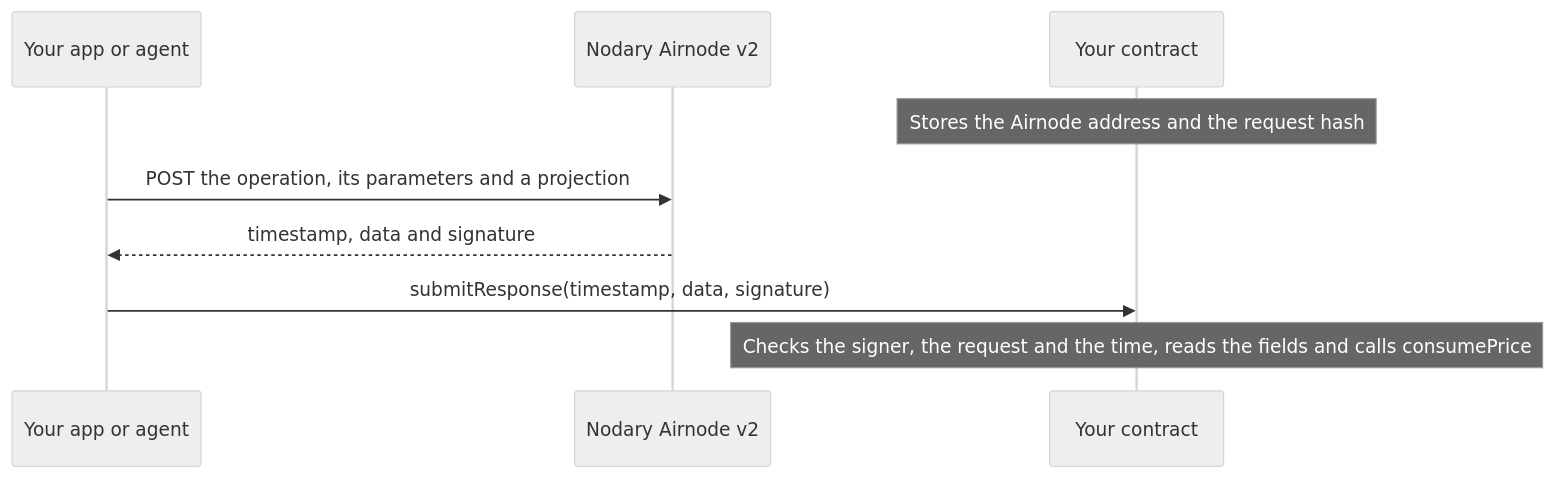
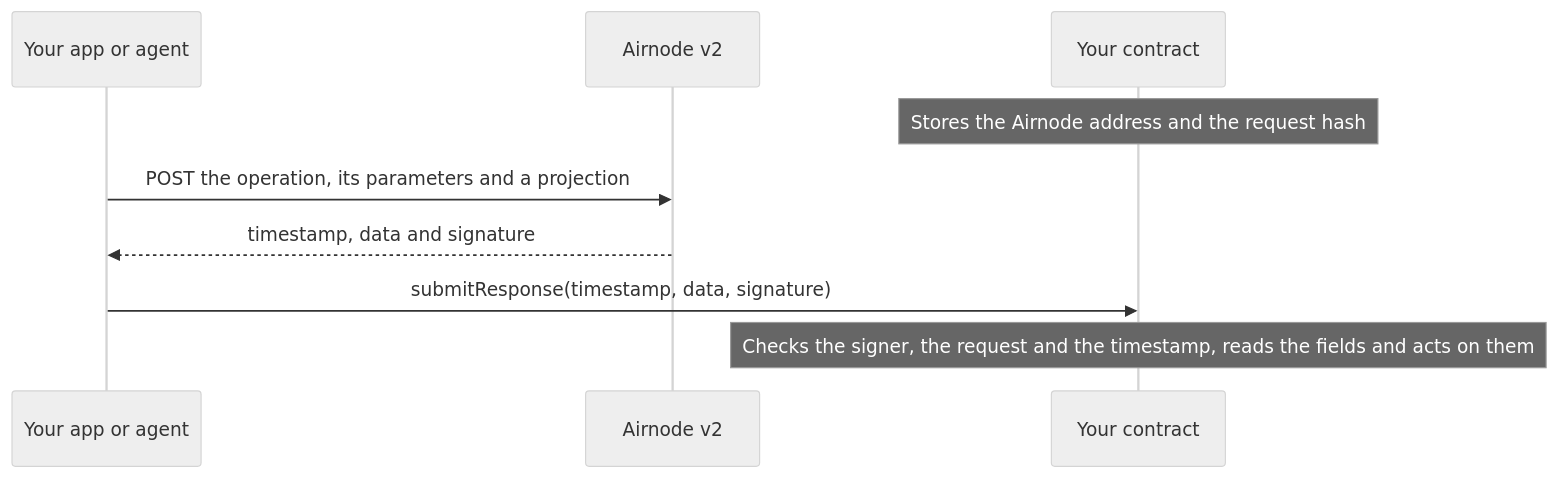
The diagram in README.md (api3dao/airnodehub-hackathon-starter), drawn with Mermaid (neutral theme) before and after one commit. The commit also changed other lines of this file and 1 other file, not shown here.

Commit message:
Generalize the README diagram and lower the example age limits to 1 minute (#2)

````diff
--- a/README.md
+++ b/README.md
@@ -12,11 +12,11 @@
 ```mermaid
 sequenceDiagram
     participant App as Your app or agent
-    participant Airnode as Nodary Airnode v2
+    participant Airnode as Airnode v2
     participant Contract as Your contract
     Note over Contract: Stores the Airnode address and the request hash
     App->>Airnode: POST the operation, its parameters and a projection
     Airnode-->>App: timestamp, data and signature
     App->>Contract: submitResponse(timestamp, data, signature)
-    Note over Contract: Checks the signer, the request and the time, reads the fields and calls consumePrice
+    Note over Contract: Checks the signer, the request and the timestamp, reads the fields and acts on them
 ```
````
